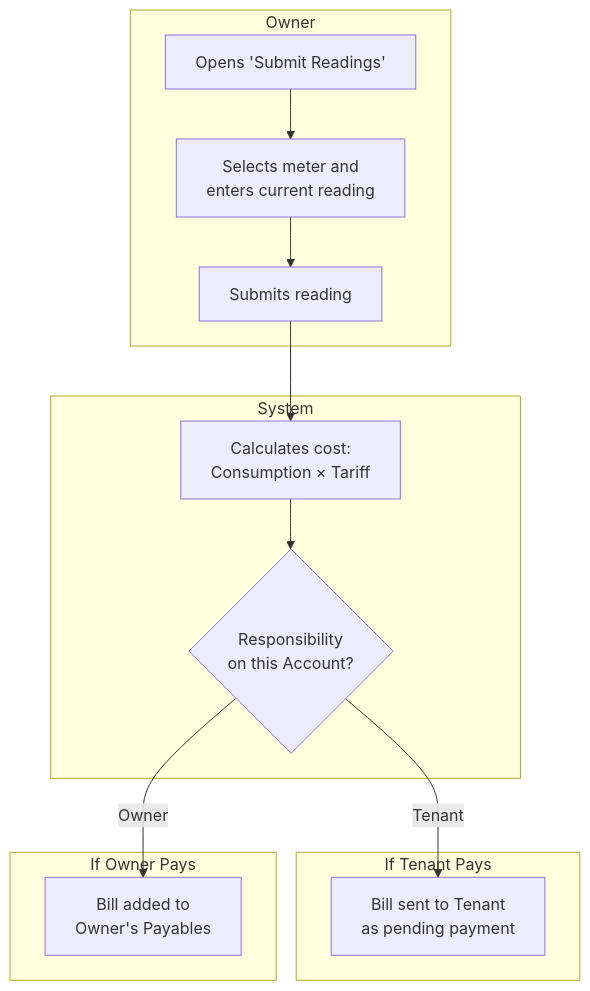
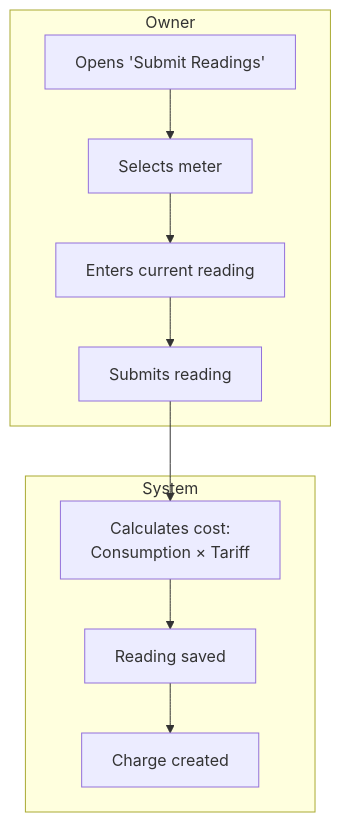
One commit to saodatm-dev/Utilities---Informational-Architecture changed the fifth of 12 diagrams in Utilities - Business Owner.md. Above: the diagram before and after it, drawn with Mermaid. The commit also changed other lines of this file and 1 other file, not shown here.

Commit message:
feat: Add BPMN diagram detailing the Utilities Owner business flow with Owner, System, and Paynet participants.

````diff
--- a/Utilities - Business Owner.md
+++ b/Utilities - Business Owner.md
@@ -154,19 +153,12 @@
 ```mermaid
 flowchart TD
     subgraph OWNER_ACTIONS ["Owner"]
-        OPEN["Opens 'Submit Readings'"] --> SELECT["Selects meter and<br/>enters current reading"] --> SUBMIT["Submits reading"]
+        OPEN["Opens 'Submit Readings'"] --> SELECT["Selects meter"] --> ENTER["Enters current reading"] --> SUBMIT["Submits reading"]
     end
 
     subgraph SYSTEM_ACTIONS ["System"]
         SUBMIT --> CALC["Calculates cost:<br/>Consumption × Tariff"]
-        CALC --> CHECK_RESP{"Responsibility<br/>on this Account?"}
-    end
-
-    subgraph TENANT_PATH ["If Tenant Pays"]
-        CHECK_RESP -->|"Tenant"| BILL_T["Bill sent to Tenant<br/>as pending payment"]
-    end
-
-    subgraph OWNER_PATH ["If Owner Pays"]
-        CHECK_RESP -->|"Owner"| BILL_O["Bill added to<br/>Owner's Payables"]
+        CALC --> SAVED["Reading saved"]
+        SAVED --> CHARGE["Charge created"]
     end
 ```
````
